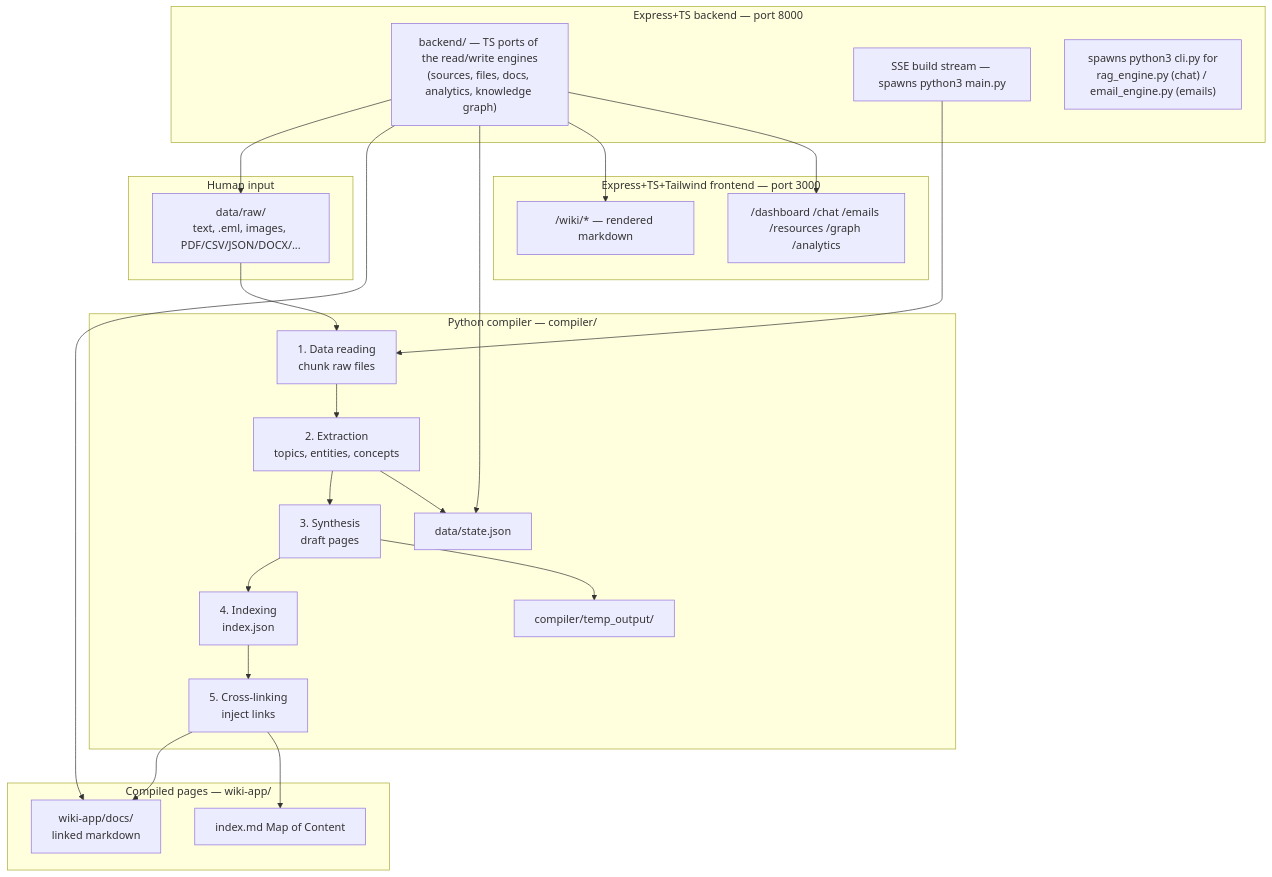
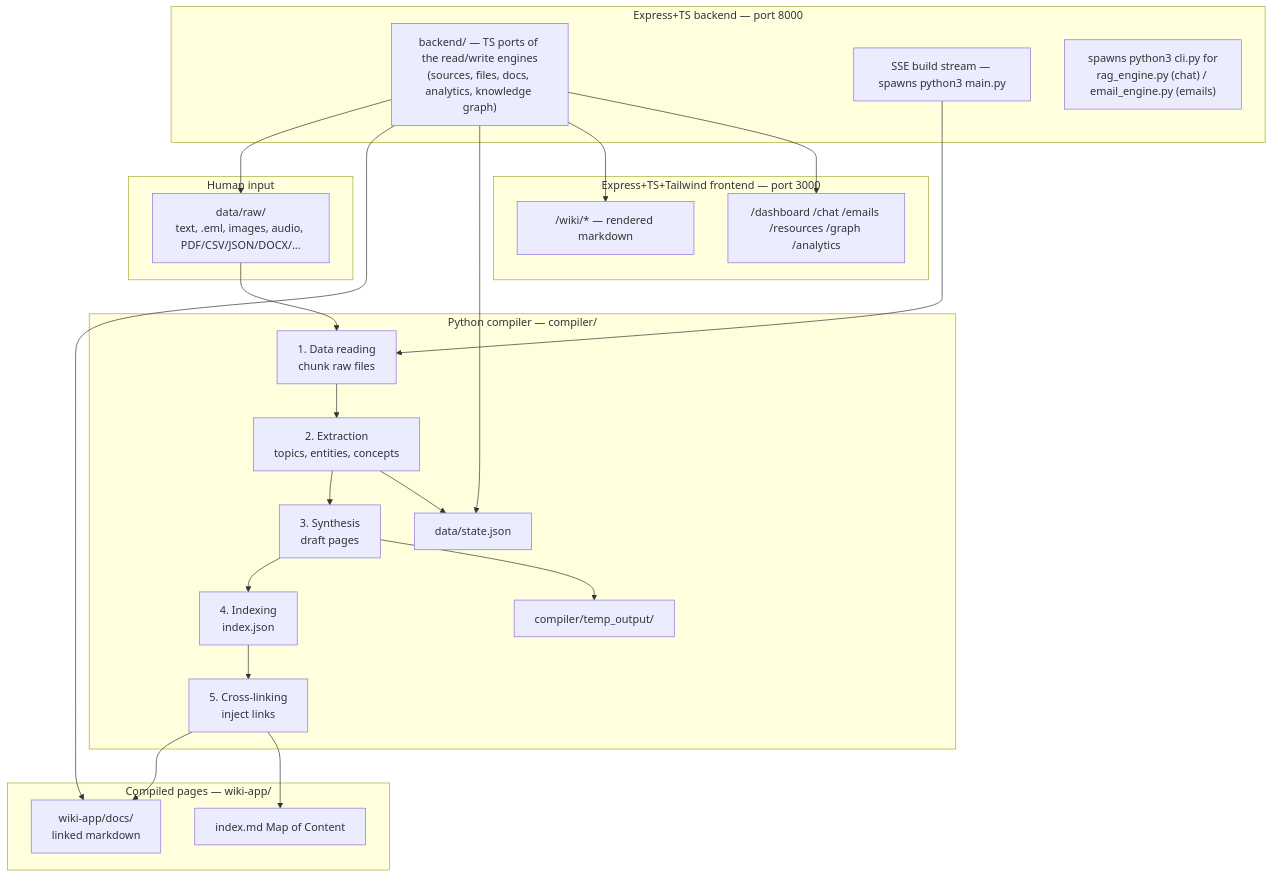
The diagram in README.md (navidfalah/wiki), drawn with Mermaid before and after one commit. The commit also changed other lines of this file and 21 other files, not shown here.

````diff
--- a/README.md
+++ b/README.md
@@ -45,45 +45,45 @@
 ```mermaid
 flowchart TB
     subgraph input [Human input]
-        RAW["data/raw/<br/>text, .eml, images, PDF/CSV/JSON/DOCX/..."]
+        RAW["data/raw/<br/>text, .eml, images, audio, PDF/CSV/JSON/DOCX/..."]
     end
 
     subgraph compiler [Python compiler — compiler/]
         S1["1. Data reading<br/>chunk raw files"]
         S2["2. Extraction<br/>topics, entities, concepts"]
         S3["3. Synthesis<br/>draft pages"]
         S4["4. Indexing<br/>index.json"]
         S5["5. Cross-linking<br/>inject links"]
         TEMP["compiler/temp_output/"]
         STATE["data/state.json"]
         S1 --> S2 --> S3 --> S4 --> S5
         S3 --> TEMP
         S2 --> STATE
     end
 
     subgraph output [Compiled pages — wiki-app/]
         DOCS["wiki-app/docs/<br/>linked markdown"]
         MOC["index.md Map of Content"]
     end
 
     subgraph backend [Express+TS backend — port 8000]
         NODE["backend/ — TS ports of the read/write engines<br/>(sources, files, docs, analytics, knowledge graph)"]
         SSE["SSE build stream — spawns python3 main.py"]
         BRIDGE["spawns python3 cli.py for<br/>rag_engine.py (chat) / email_engine.py (emails)"]
     end
 
     subgraph frontend [Express+TS+Tailwind frontend — port 3000]
         WIKI["/wiki/* — rendered markdown"]
         DASH["/dashboard /chat /emails /resources /graph /analytics"]
     end
 
     RAW --> S1
     S5 --> DOCS
     S5 --> MOC
     NODE --> RAW
     NODE --> DOCS
     NODE --> STATE
     SSE --> S1
     NODE --> WIKI
     NODE --> DASH
 ```
````
